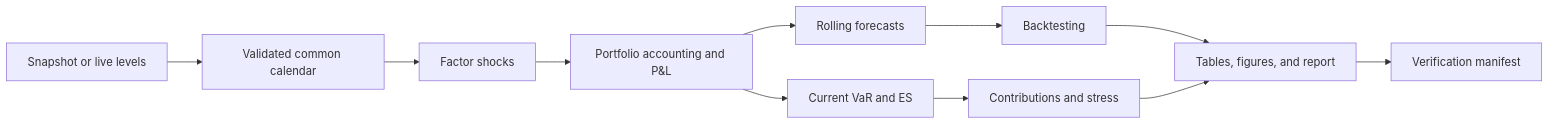
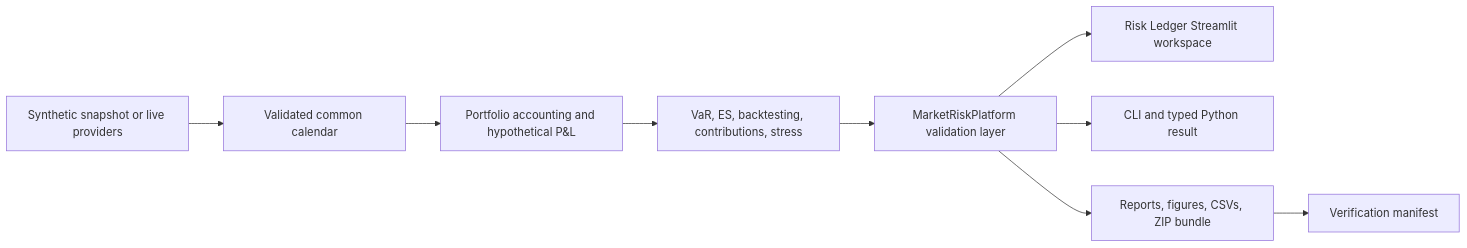
Before and after one commit to sheeeeshba/market-risk-engine: the diagram in README.md, drawn with Mermaid. The commit also changed other lines of this file and 40 other files, not shown here.

Commit message:
Add interactive Risk Ledger platform

````diff
--- a/README.md
+++ b/README.md
@@ -44,13 +69,11 @@
 ```mermaid
 flowchart LR
-    A["Snapshot or live levels"] --> B["Validated common calendar"]
-    B --> C["Factor shocks"]
-    C --> D["Portfolio accounting and P&L"]
-    D --> E["Current VaR and ES"]
-    D --> F["Rolling forecasts"]
-    F --> G["Backtesting"]
-    E --> H["Contributions and stress"]
-    G --> I["Tables, figures, and report"]
-    H --> I
-    I --> J["Verification manifest"]
+    A["Synthetic snapshot or live providers"] --> B["Validated common calendar"]
+    B --> C["Portfolio accounting and hypothetical P&L"]
+    C --> D["VaR, ES, backtesting, contributions, stress"]
+    D --> E["MarketRiskPlatform validation layer"]
+    E --> F["Risk Ledger Streamlit workspace"]
+    E --> G["CLI and typed Python result"]
+    E --> H["Reports, figures, CSVs, ZIP bundle"]
+    H --> I["Verification manifest"]
 ```
````
